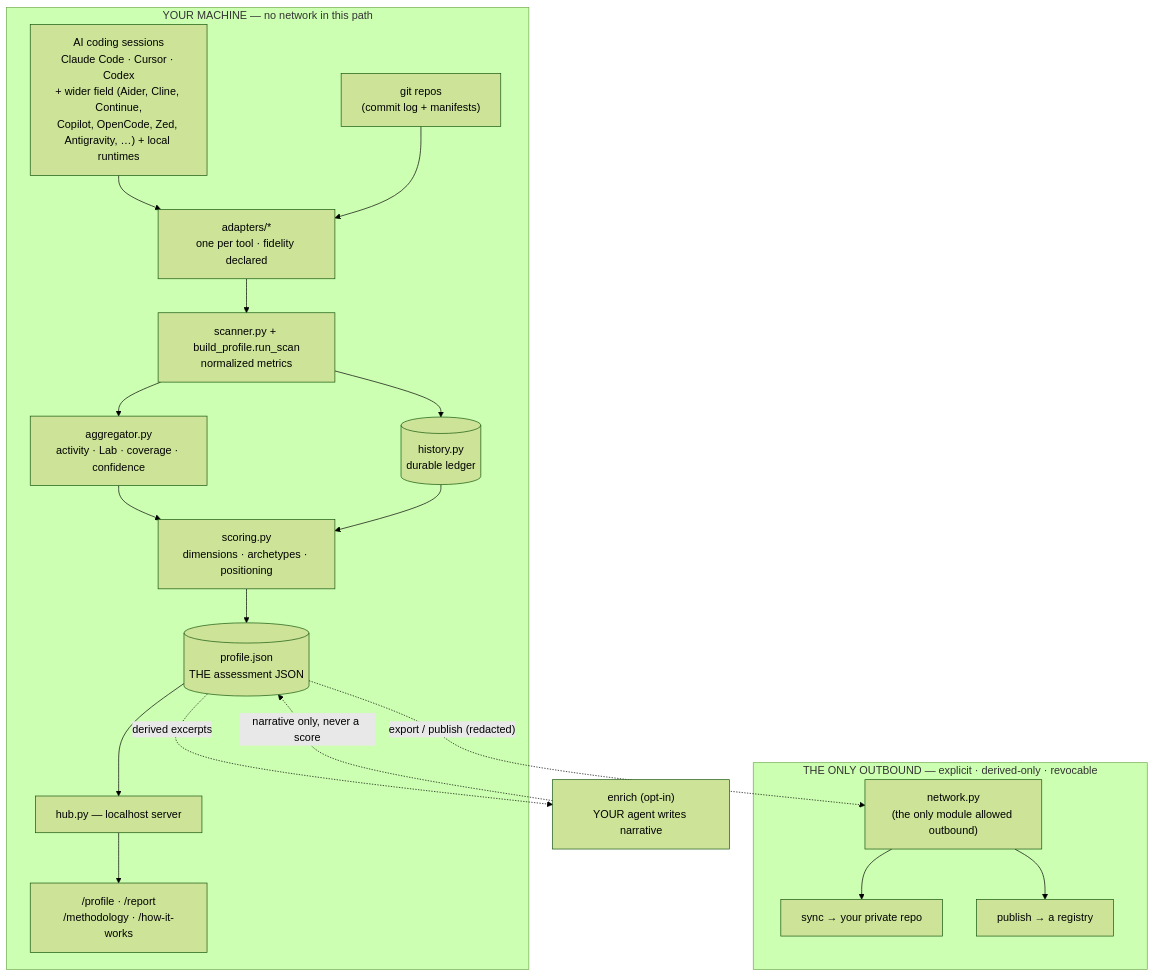
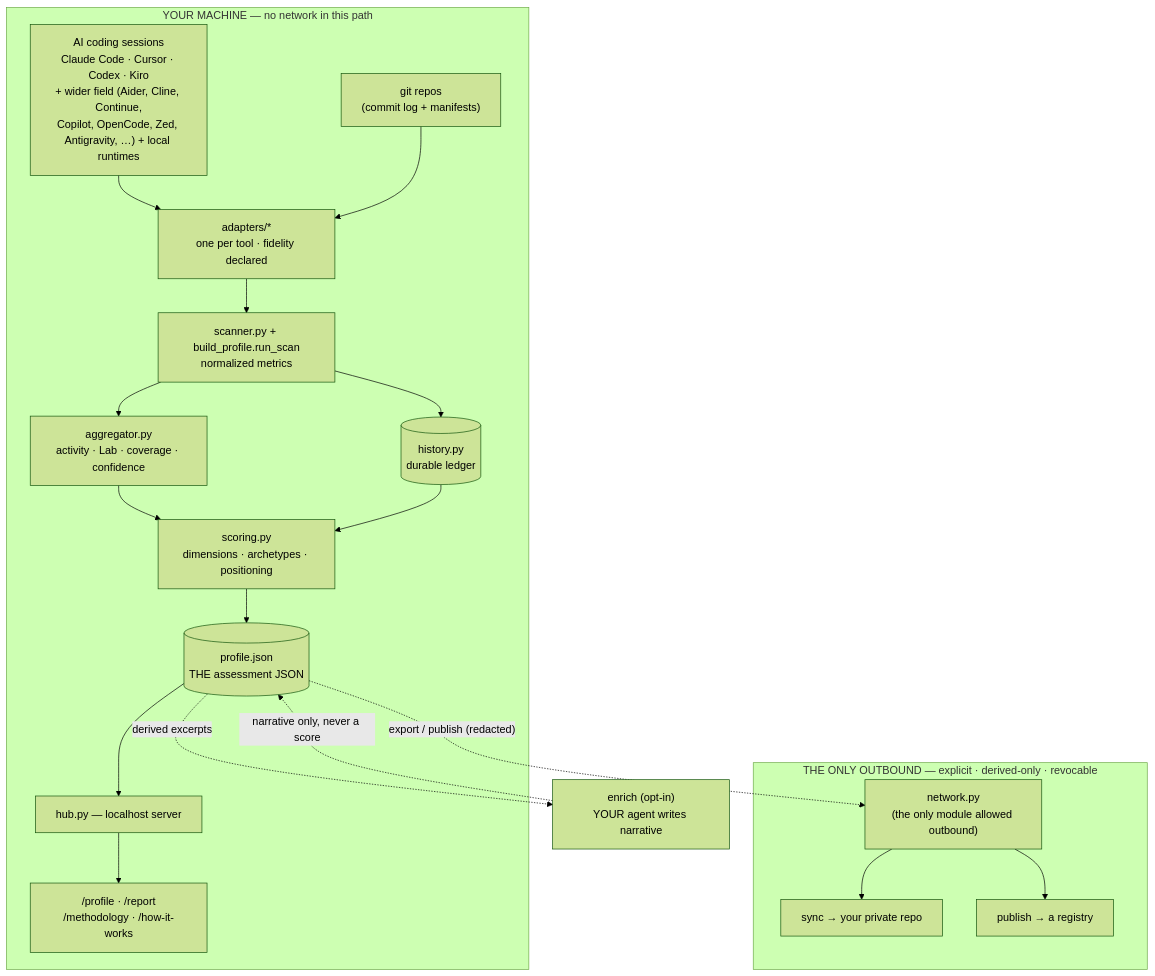
The diagram in docs/REPO-FLOW.md (jimit24365/cruise-ai), drawn with Mermaid (forest theme) before and after one commit. The commit also changed 10 other files, not shown here.

````diff
--- a/docs/REPO-FLOW.md
+++ b/docs/REPO-FLOW.md
@@ -10,37 +10,37 @@
 ```mermaid
 flowchart TD
     subgraph local["YOUR MACHINE — no network in this path"]
-        S["AI coding sessions<br/>Claude Code · Cursor · Codex<br/>+ wider field (Aider, Cline, Continue,<br/>Copilot, OpenCode, Zed, Antigravity, …) + local runtimes"]
+        S["AI coding sessions<br/>Claude Code · Cursor · Codex · Kiro<br/>+ wider field (Aider, Cline, Continue,<br/>Copilot, OpenCode, Zed, Antigravity, …) + local runtimes"]
         G["git repos<br/>(commit log + manifests)"]
         A["adapters/*<br/>one per tool · fidelity declared"]
         SC["scanner.py + build_profile.run_scan<br/>normalized metrics"]
         L[("history.py<br/>durable ledger")]
         AG["aggregator.py<br/>activity · Lab · coverage · confidence"]
         SCO["scoring.py<br/>dimensions · archetypes · positioning"]
         P[("profile.json<br/>THE assessment JSON")]
         HUB["hub.py — localhost server"]
         V["/profile · /report<br/>/methodology · /how-it-works"]
         S --> A
         G --> A
         A --> SC
         SC --> L
         SC --> AG
         AG --> SCO
         L --> SCO
         SCO --> P
         P --> HUB --> V
     end
 
     EN["enrich (opt-in)<br/>YOUR agent writes narrative"]
     P -. derived excerpts .-> EN
     EN -. narrative only, never a score .-> P
 
     subgraph out["THE ONLY OUTBOUND — explicit · derived-only · revocable"]
         NET["network.py<br/>(the only module allowed outbound)"]
         SYNC["sync → your private repo"]
         PUB["publish → a registry"]
     end
     P -. export / publish (redacted) .-> NET
     NET --> SYNC
     NET --> PUB
 ```
````
